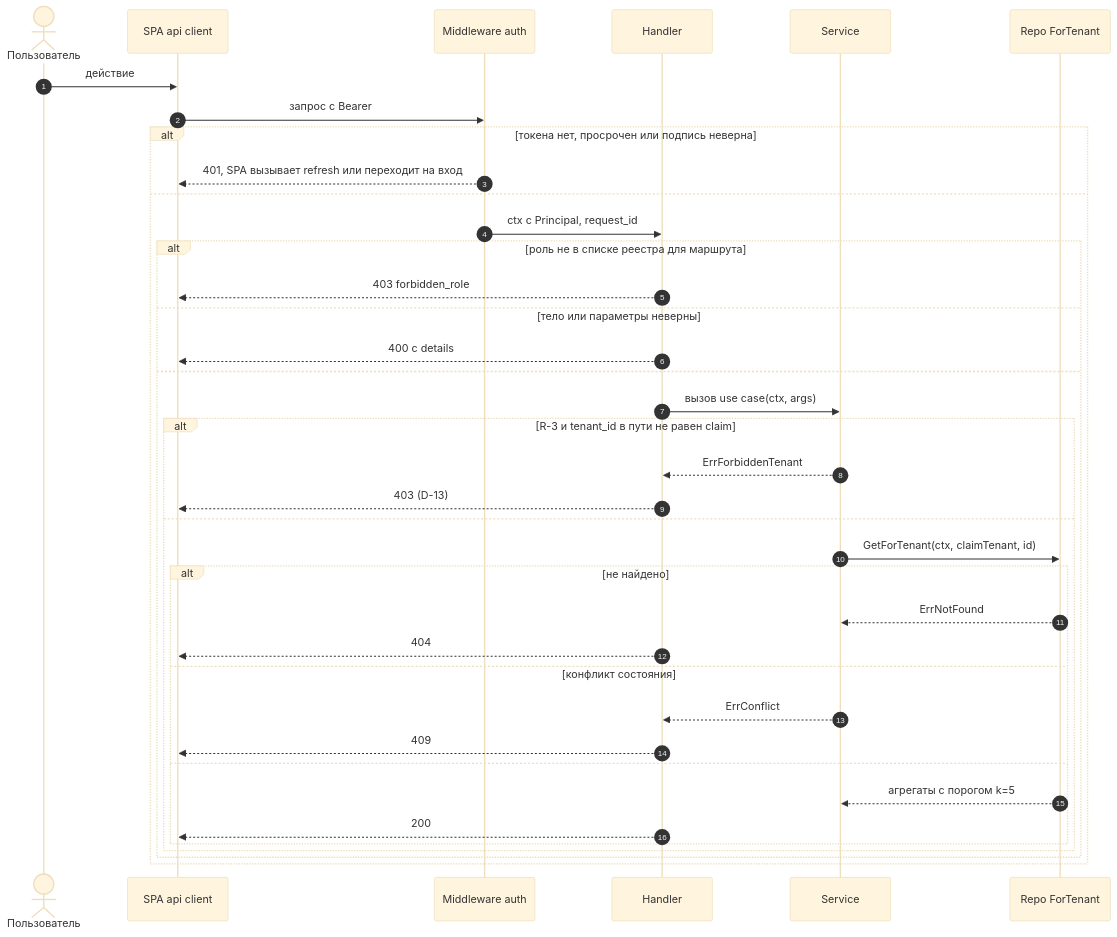
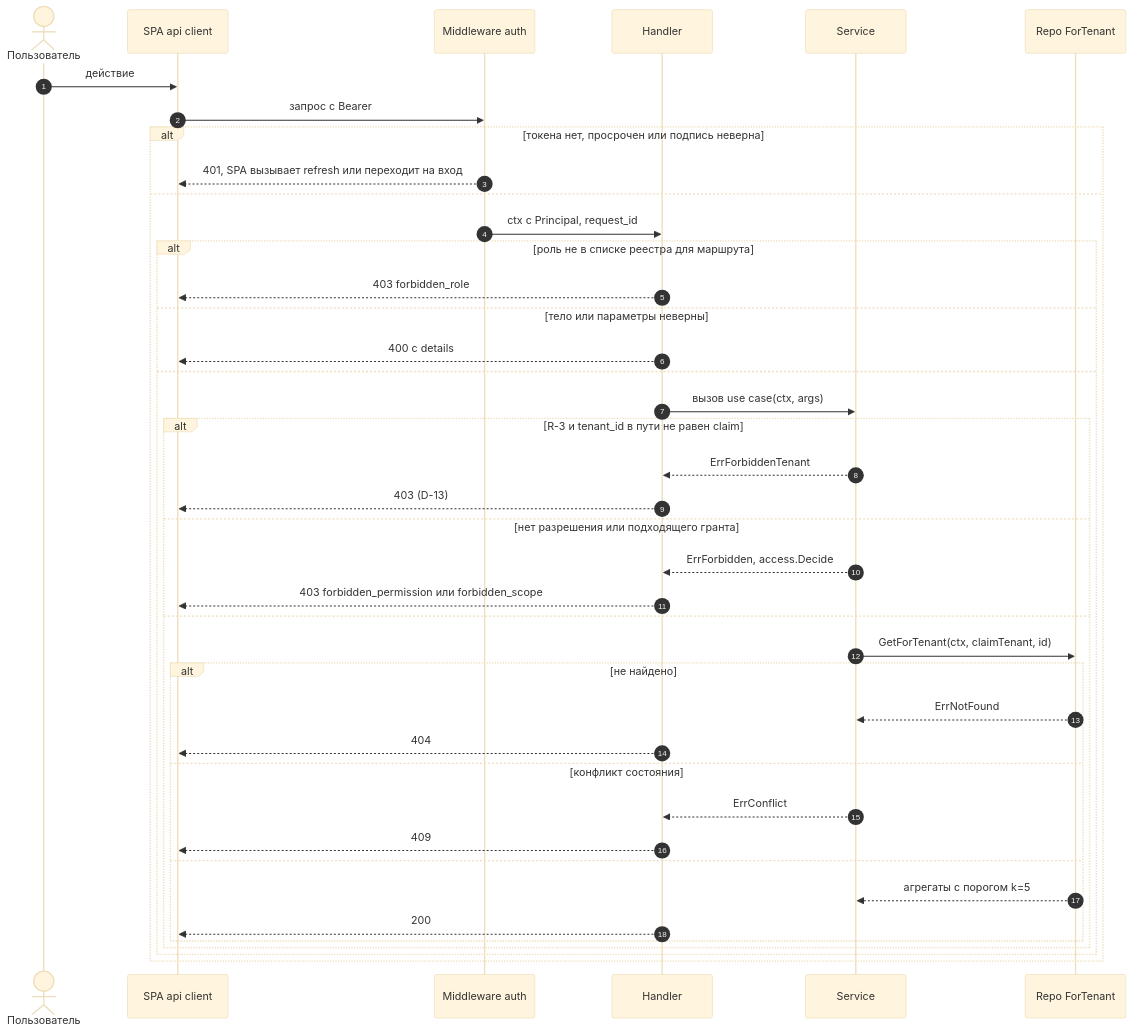
The seventh of 9 diagrams in docs/design/09-sequence-diagrams.md (MangriMen/UCRP), drawn with Mermaid (base theme) before and after one commit. The commit also changed other lines of this file and 10 other files, not shown here.

````diff
--- a/docs/design/09-sequence-diagrams.md
+++ b/docs/design/09-sequence-diagrams.md
@@ -314,40 +314,43 @@
 ```mermaid
 sequenceDiagram
   autonumber
   actor U as Пользователь
   participant SPA as SPA api client
   participant MW as Middleware auth
   participant H as Handler
   participant S as Service
   participant R as Repo ForTenant
   U->>SPA: действие
   SPA->>MW: запрос с Bearer
   alt токена нет, просрочен или подпись неверна
     MW-->>SPA: 401, SPA вызывает refresh или переходит на вход
   else
     MW->>H: ctx с Principal, request_id
     alt роль не в списке реестра для маршрута
       H-->>SPA: 403 forbidden_role
     else тело или параметры неверны
       H-->>SPA: 400 с details
     else
       H->>S: вызов use case(ctx, args)
       alt R-3 и tenant_id в пути не равен claim
         S-->>H: ErrForbiddenTenant
         H-->>SPA: 403 (D-13)
+      else нет разрешения или подходящего гранта
+        S-->>H: ErrForbidden, access.Decide
+        H-->>SPA: 403 forbidden_permission или forbidden_scope
       else
         S->>R: GetForTenant(ctx, claimTenant, id)
         alt не найдено
           R-->>S: ErrNotFound
           H-->>SPA: 404
         else конфликт состояния
           S-->>H: ErrConflict
           H-->>SPA: 409
         else
           R-->>S: агрегаты с порогом k=5
           H-->>SPA: 200
         end
       end
     end
   end
 ```
````
